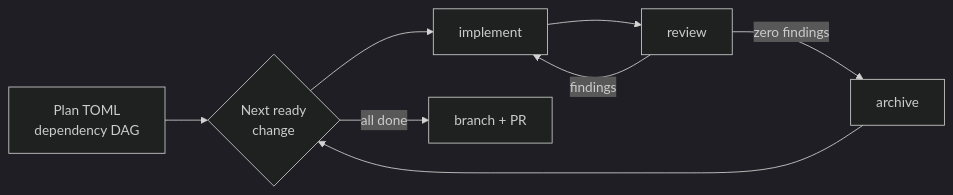
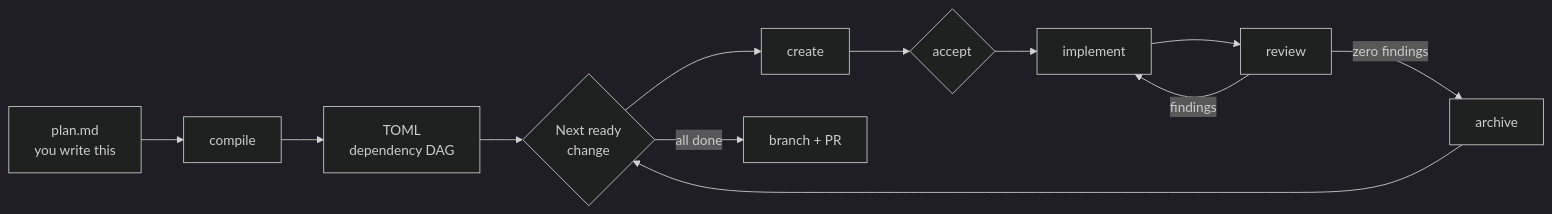
The diagram in README.md (brianmoney/opsx-controller), drawn with Mermaid (dark theme) before and after one commit. The commit also changed other lines of this file and 12 other files, not shown here.

````diff
--- a/README.md
+++ b/README.md
@@ -45,10 +65,14 @@
 ```mermaid
 flowchart LR
-    P[Plan TOML<br/>dependency DAG] --> R{Next ready<br/>change}
-    R --> I[implement]
+    M[plan.md<br/>you write this] --> C[compile]
+    C --> P[TOML<br/>dependency DAG]
+    P --> R{Next ready<br/>change}
+    R --> N[create]
+    N --> G{accept}
+    G --> I[implement]
     I --> V[review]
     V -->|findings| I
     V -->|zero findings| A[archive]
     A --> R
     R -->|all done| D[branch + PR]
 ```
````
